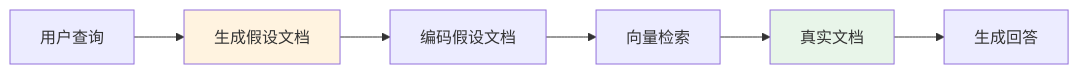
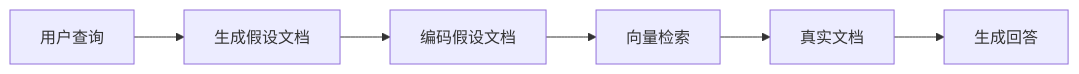
The fifth of 6 diagrams in 04-agents-tools-zh.md (yuexiaoliang/prompt-engineering-learning), drawn with Mermaid before and after one commit. The commit also changed other lines of this file and 9 other files, not shown here.

First line of the commit message:
fix(prompt-engineering): remove hardcoded mermaid fill styles for theme auto-adaptation

````diff
--- a/04-agents-tools-zh.md
+++ b/04-agents-tools-zh.md
@@ -435,11 +423,9 @@
 ```mermaid
 flowchart LR
     A[用户查询] --> B[生成假设文档]
     B --> C[编码假设文档]
     C --> D[向量检索]
     D --> E[真实文档]
     E --> F[生成回答]
 
-    style B fill:#fff3e0
-    style E fill:#e8f5e9
 ```
````
